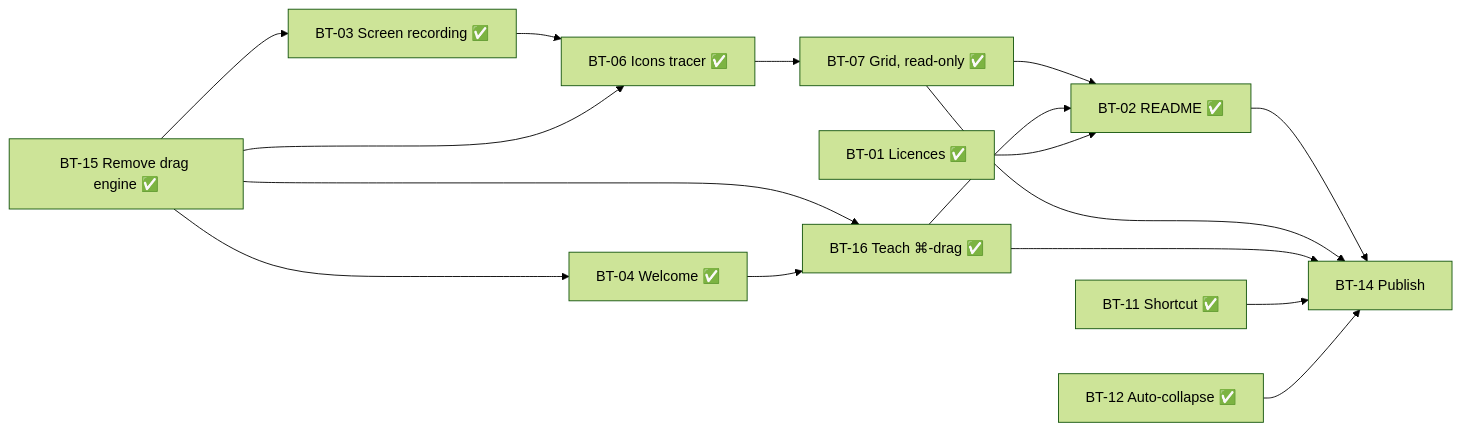
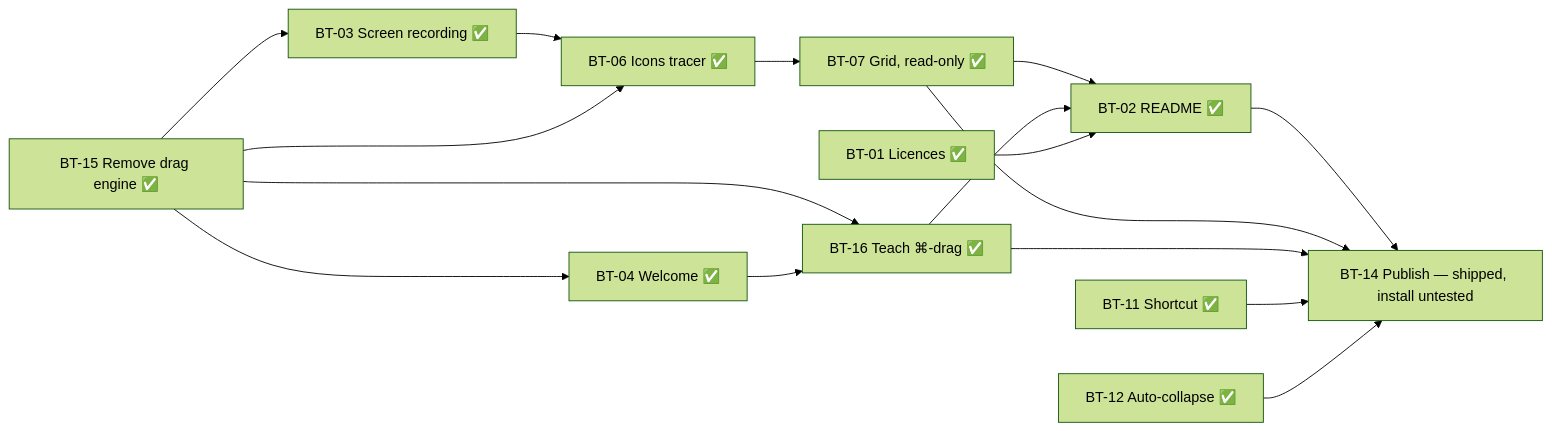
Before and after one commit to Kodak2383/BarT: the diagram in docs/BOARD.md, drawn with Mermaid (forest theme). The commit also changed other lines of this file and 1 other file, not shown here.

````diff
--- a/docs/BOARD.md
+++ b/docs/BOARD.md
@@ -49,19 +49,19 @@
 ```mermaid
 graph LR
   BT15[BT-15 Remove drag engine ✅] --> BT03[BT-03 Screen recording ✅]
   BT15 --> BT04[BT-04 Welcome ✅]
   BT15 --> BT16[BT-16 Teach ⌘-drag ✅]
   BT04 --> BT16
   BT03 --> BT06[BT-06 Icons tracer ✅]
   BT15 --> BT06
   BT06 --> BT07[BT-07 Grid, read-only ✅]
   BT07 --> BT02[BT-02 README ✅]
   BT16 --> BT02[BT-02 README ✅]
   BT11[BT-11 Shortcut ✅]
   BT01[BT-01 Licences ✅] --> BT02[BT-02 README ✅]
-  BT02 --> BT14[BT-14 Publish]
+  BT02 --> BT14[BT-14 Publish — shipped, install untested]
   BT07 --> BT14
   BT16 --> BT14
   BT11 --> BT14
   BT12[BT-12 Auto-collapse ✅] --> BT14
 ```
````
